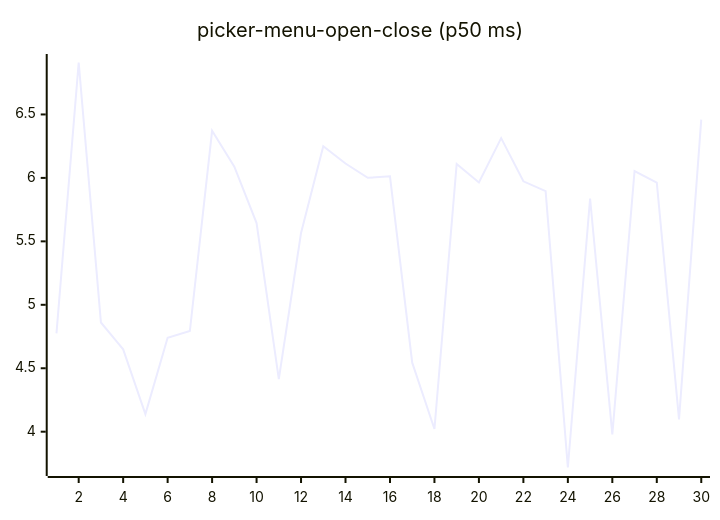
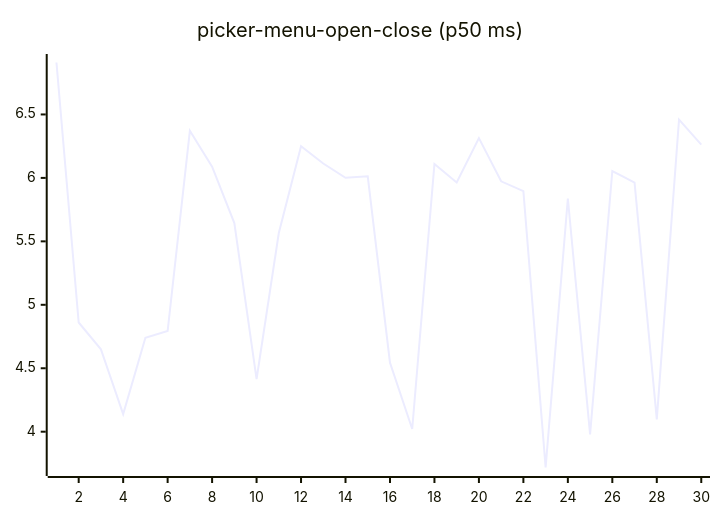
Before and after one commit to josha/Facet: diagram 16 of 27 in README.md, drawn with Mermaid. The commit also changed other lines of this file and 2 other files, not shown here.

````diff
--- a/README.md
+++ b/README.md
@@ -168,6 +168,6 @@
 ```mermaid
 xychart-beta
     title "picker-menu-open-close (p50 ms)"
     x-axis 1 --> 30
-    line [4.7749, 6.9094, 4.8605, 4.6493, 4.1383, 4.7397, 4.7934, 6.3713, 6.0885, 5.6440, 4.4145, 5.5656, 6.2500, 6.1133, 6.0006, 6.0128, 4.5439, 4.0216, 6.1100, 5.9646, 6.3137, 5.9733, 5.8960, 3.7179, 5.8378, 3.9788, 6.0543, 5.9629, 4.0972, 6.4594]
+    line [6.9094, 4.8605, 4.6493, 4.1383, 4.7397, 4.7934, 6.3713, 6.0885, 5.6440, 4.4145, 5.5656, 6.2500, 6.1133, 6.0006, 6.0128, 4.5439, 4.0216, 6.1100, 5.9646, 6.3137, 5.9733, 5.8960, 3.7179, 5.8378, 3.9788, 6.0543, 5.9629, 4.0972, 6.4594, 6.2618]
 ```
````
